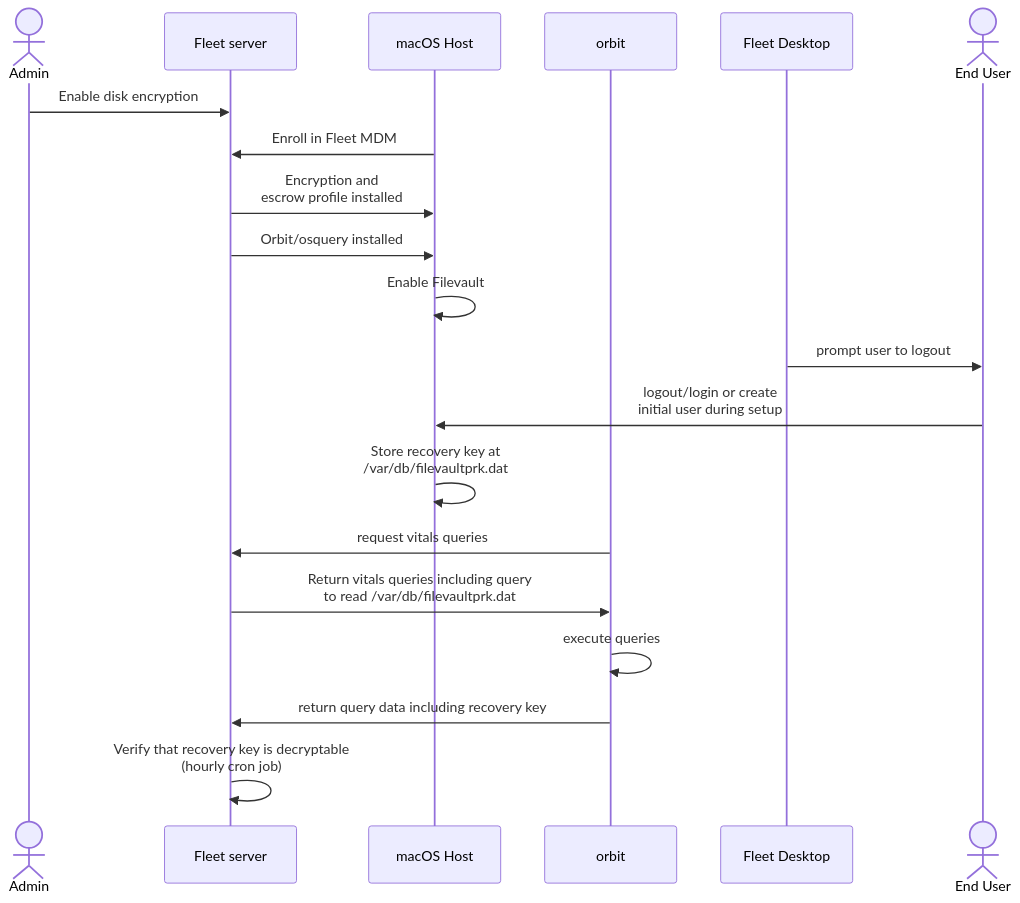
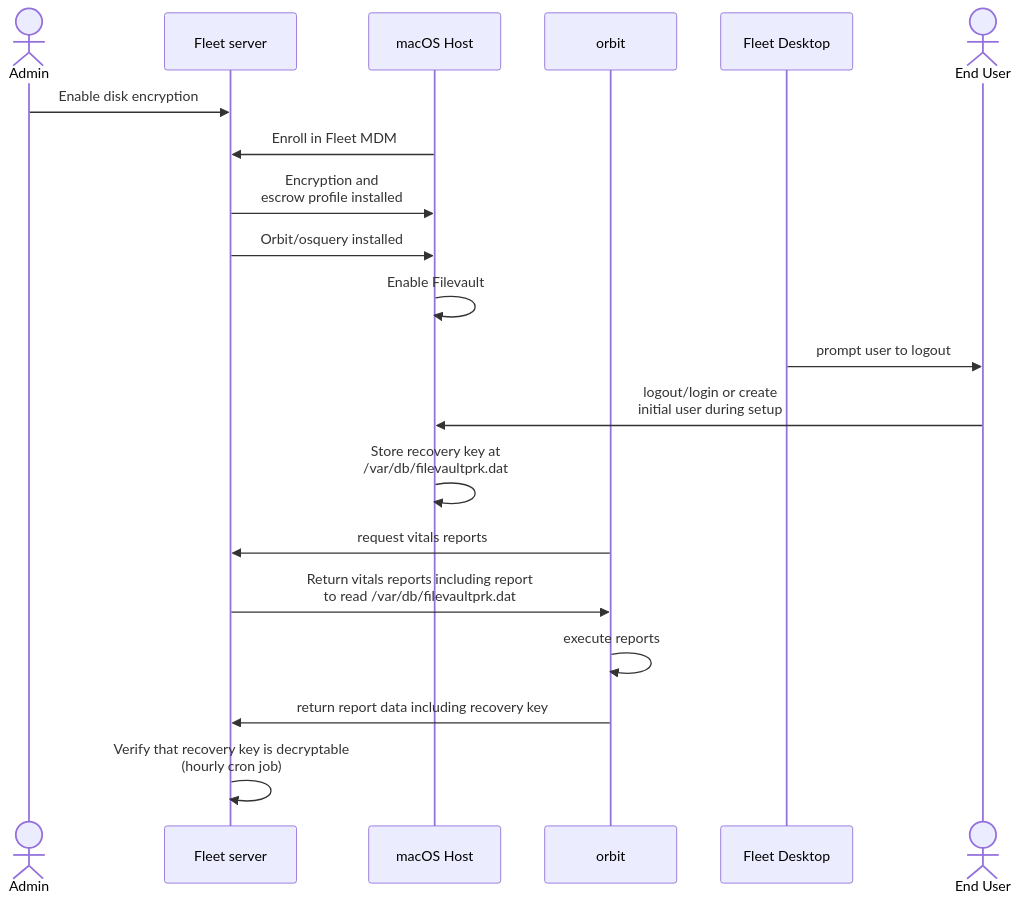
Before and after one commit to fleetdm/fleet: the first of 4 diagrams in docs/Contributing/architecture/mdm/disk-encryption.md, drawn with Mermaid. The commit also changed other lines of this file and 48 other files, not shown here.

First line of the commit message:
Update reference docs for teams→fleets and queries→reports rename

````diff
--- a/docs/Contributing/architecture/mdm/disk-encryption.md
+++ b/docs/Contributing/architecture/mdm/disk-encryption.md
@@ -38,22 +38,22 @@
 ```mermaid
 sequenceDiagram
         actor Admin
         participant fleet as Fleet server
         participant host as macOS Host
         participant fleetd as orbit
         participant desktop as Fleet Desktop
         actor user as End User
         Admin->>fleet: Enable disk encryption
         host->>fleet: Enroll in Fleet MDM
         fleet->>host: Encryption and<br>escrow profile installed
         fleet->>host: Orbit/osquery installed
         host->>host: Enable Filevault
         desktop->>user: prompt user to logout
         user->>host: logout/login or create<br>initial user during setup
         host->>host: Store recovery key at <br>/var/db/filevaultprk.dat
-        fleetd->>fleet: request vitals queries
-        fleet->>fleetd: Return vitals queries including query<br>to read /var/db/filevaultprk.dat
-        fleetd->>fleetd: execute queries
-        fleetd->>fleet: return query data including recovery key
+        fleetd->>fleet: request vitals reports
+        fleet->>fleetd: Return vitals reports including report<br>to read /var/db/filevaultprk.dat
+        fleetd->>fleetd: execute reports
+        fleetd->>fleet: return report data including recovery key
         fleet->>fleet: Verify that recovery key is decryptable<br>(hourly cron job)
 ```
````
